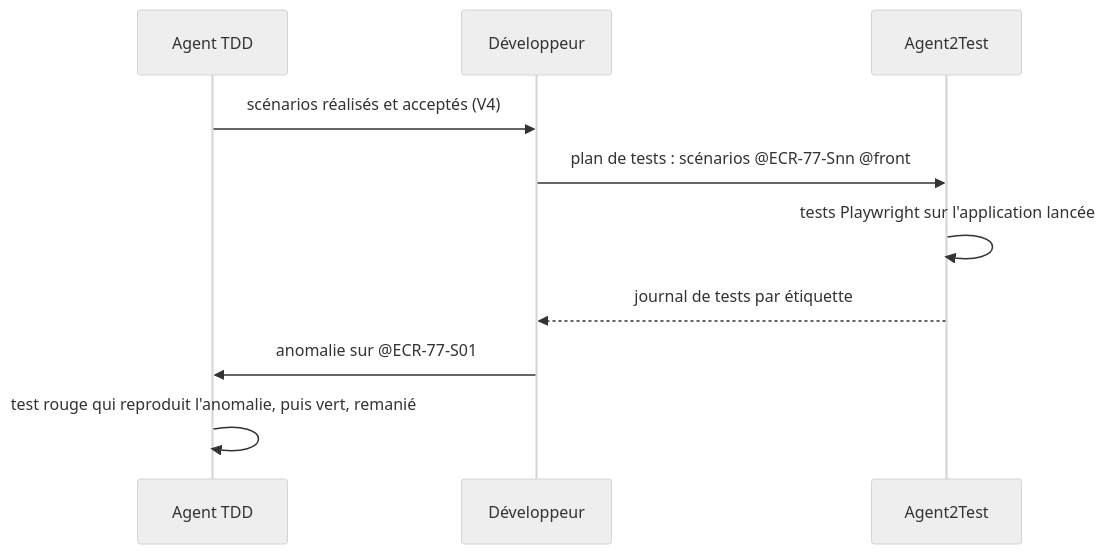
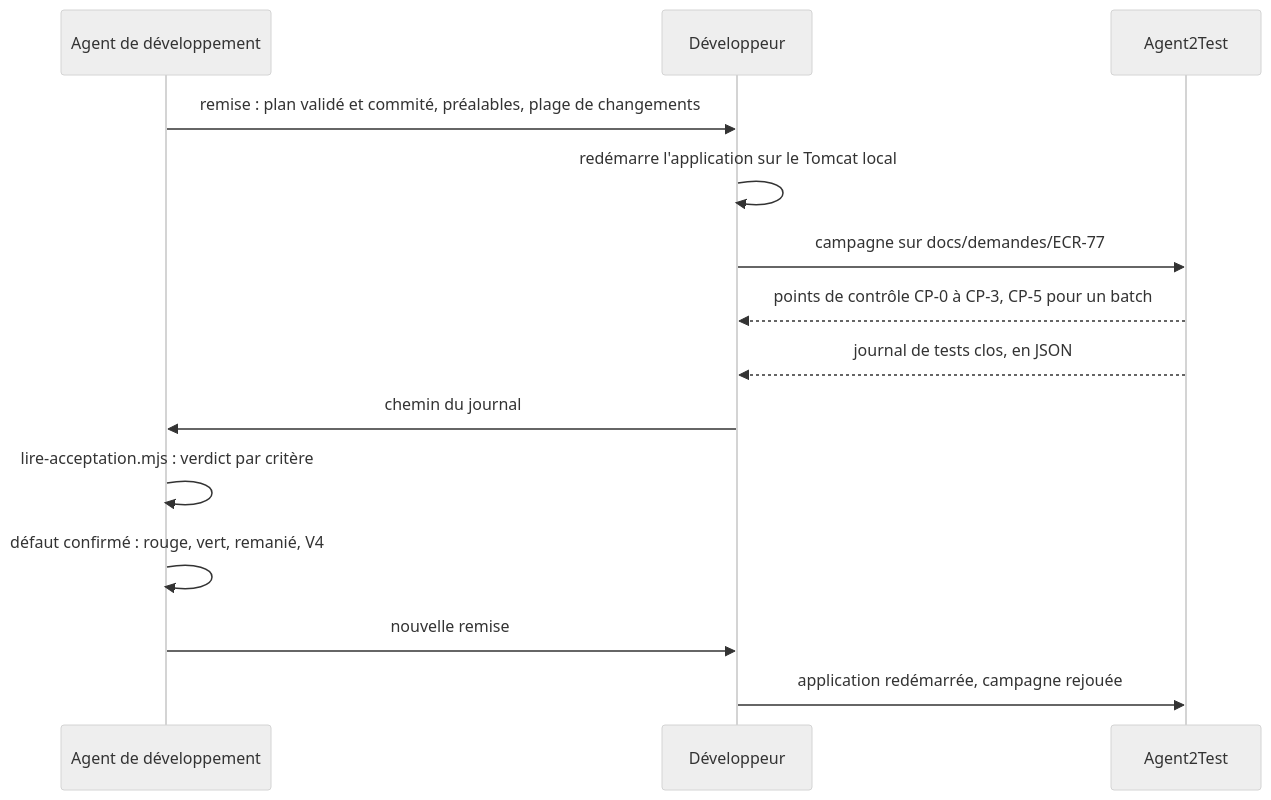
One commit to FredGarcia/Agent2Prompt changed the diagram in specs/agent-tdd-jira/modules/binome-agent2test/SKILL.md. Above: the diagram before and after it, drawn with Mermaid (neutral theme). The commit also changed other lines of this file and 36 other files, not shown here.

First line of the commit message:
spec(agent2test, agent-tdd-jira): versions 1.0.0 et 1.3.0, binôme développement et test

````diff
--- a/specs/agent-tdd-jira/modules/binome-agent2test/SKILL.md
+++ b/specs/agent-tdd-jira/modules/binome-agent2test/SKILL.md
@@ -18,12 +22,16 @@
 ```mermaid
 sequenceDiagram
-  participant D as Agent TDD
-  participant H as Développeur
+  participant A as Agent de développement
+  participant D as Développeur
   participant T as Agent2Test
-  D->>H: scénarios réalisés et acceptés (V4)
-  H->>T: plan de tests : scénarios @ECR-77-Snn @front
-  T->>T: tests Playwright sur l'application lancée
-  T-->>H: journal de tests par étiquette
-  H->>D: anomalie sur @ECR-77-S01
-  D->>D: test rouge qui reproduit l'anomalie, puis vert, remanié
+  A->>D: remise : plan validé et commité, préalables, plage de changements
+  D->>D: redémarre l'application sur le Tomcat local
+  D->>T: campagne sur docs/demandes/ECR-77
+  T-->>D: points de contrôle CP-0 à CP-3, CP-5 pour un batch
+  T-->>D: journal de tests clos, en JSON
+  D->>A: chemin du journal
+  A->>A: lire-acceptation.mjs : verdict par critère
+  A->>A: défaut confirmé : rouge, vert, remanié, V4
+  A->>D: nouvelle remise
+  D->>T: application redémarrée, campagne rejouée
 ```
````
